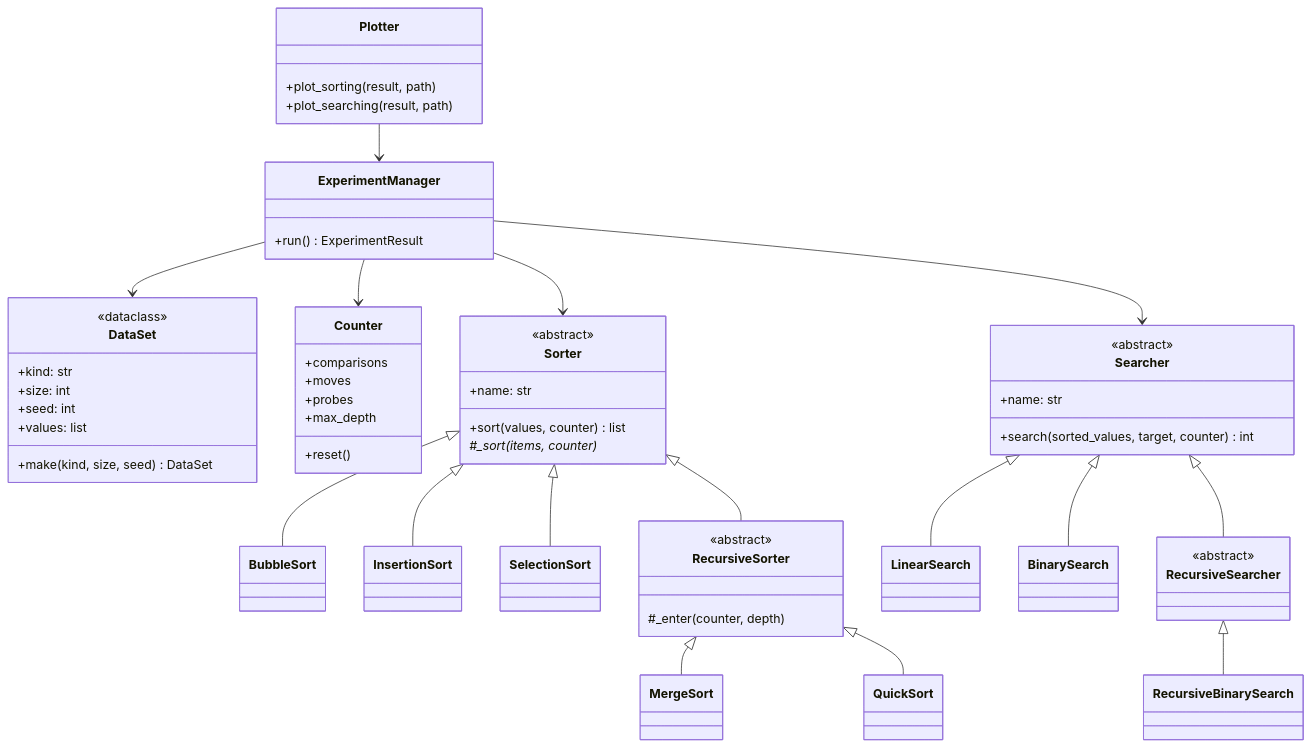
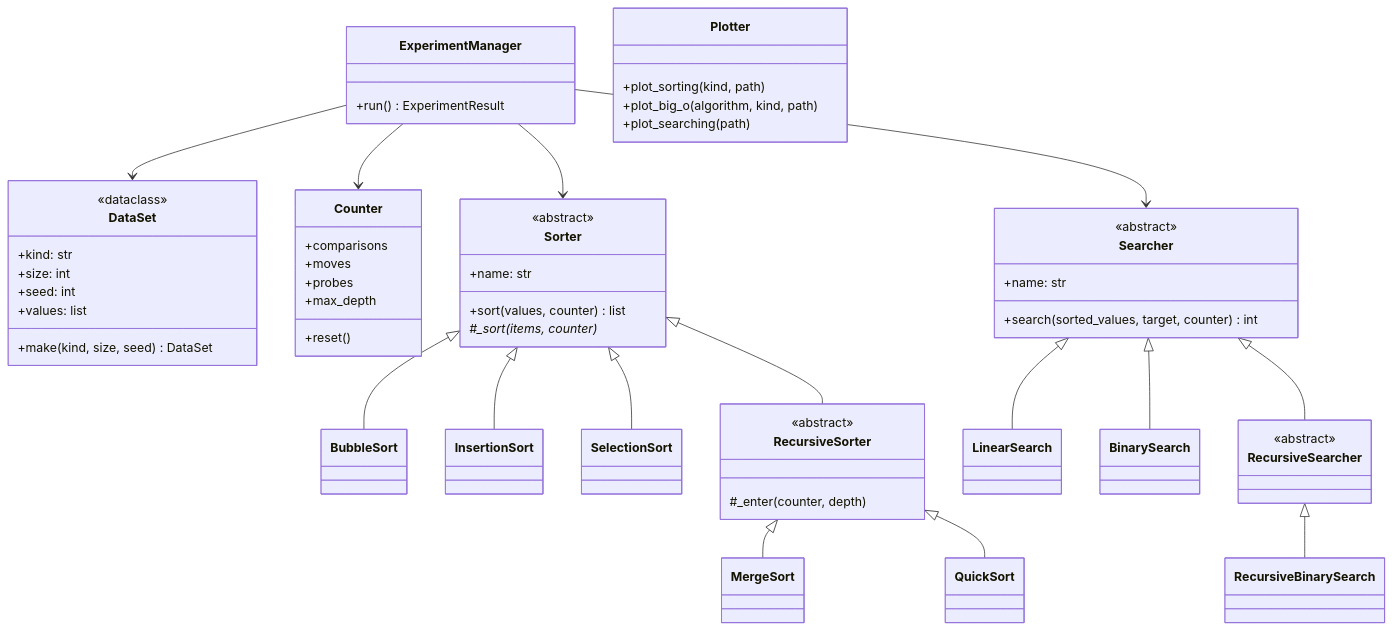
One commit to jeremy-evert/sorting_and_searching changed the diagram in sidecar/DESIGN.md. Above: the diagram before and after it, drawn with Mermaid. The commit also changed other lines of this file and 2 other files, not shown here.

First line of the commit message:
DESIGN.md and AGENTS.md match the code: plotter interface, folder layout, module-level constants

````diff
--- a/sidecar/DESIGN.md
+++ b/sidecar/DESIGN.md
@@ -29,66 +29,66 @@
 ```mermaid
 classDiagram
     class DataSet {
         <<dataclass>>
         +kind: str
         +size: int
         +seed: int
         +values: list
         +make(kind, size, seed) DataSet
     }
     class Counter {
         +comparisons
         +moves
         +probes
         +max_depth
         +reset()
     }
     class Sorter {
         <<abstract>>
         +name: str
         +sort(values, counter) list
         #_sort(items, counter)*
     }
     class BubbleSort
     class InsertionSort
     class SelectionSort
     class RecursiveSorter {
         <<abstract>>
         #_enter(counter, depth)
     }
     class MergeSort
     class QuickSort
     class Searcher {
         <<abstract>>
         +name: str
         +search(sorted_values, target, counter) int
     }
     class LinearSearch
     class BinarySearch
     class RecursiveSearcher {
         <<abstract>>
     }
     class RecursiveBinarySearch
     class ExperimentManager {
         +run() ExperimentResult
     }
     class Plotter {
-        +plot_sorting(result, path)
-        +plot_searching(result, path)
+        +plot_sorting(kind, path)
+        +plot_big_o(algorithm, kind, path)
+        +plot_searching(path)
     }
     Sorter <|-- BubbleSort
     Sorter <|-- InsertionSort
     Sorter <|-- SelectionSort
     Sorter <|-- RecursiveSorter
     RecursiveSorter <|-- MergeSort
     RecursiveSorter <|-- QuickSort
     Searcher <|-- LinearSearch
     Searcher <|-- BinarySearch
     Searcher <|-- RecursiveSearcher
     RecursiveSearcher <|-- RecursiveBinarySearch
     ExperimentManager --> DataSet
     ExperimentManager --> Sorter
     ExperimentManager --> Searcher
     ExperimentManager --> Counter
-    Plotter --> ExperimentManager
 ```
````
